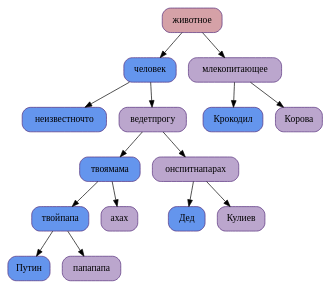
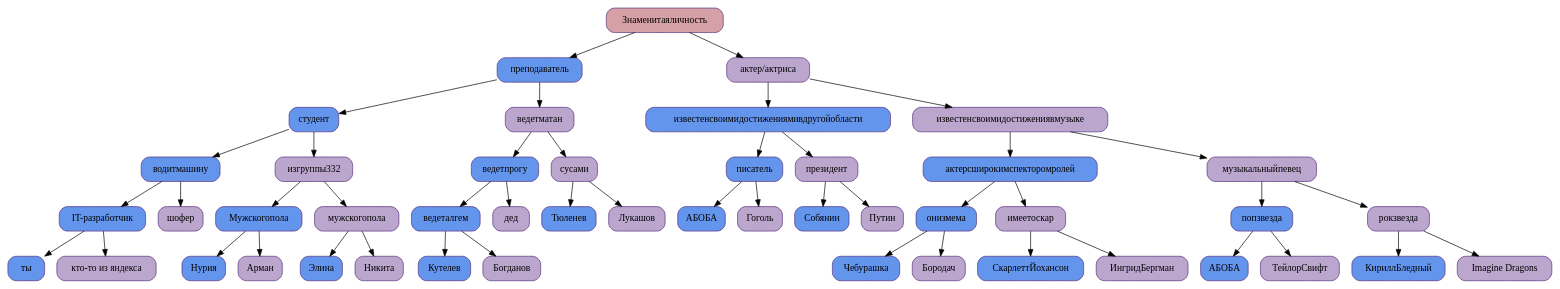
One commit to rorororom/akinator changed the diagram in grapth.dot. Above: the diagram before and after it, drawn with Graphviz. The commit also changed 17 other files, not shown here.

```diff
--- a/grapth.dot
+++ b/grapth.dot
@@ -1,32 +1,96 @@
 digraph tree {
 	node [shape=Mrecord, style=filled, fillcolor="#bba6cd", color="#552d7b"];
-256 [shape=record, style="filled,rounded", color="#552d7b",                          fillcolor="#d5a1a7", fontsize=14, label=" животное "];
-	256 -> 448;
-448 [shape=record, style="filled,rounded", color="#552d7b",                          fillcolor="#6495ed", fontsize=14, label=" человек "];
-	448 -> 640;
-640 [shape=record, style="filled,rounded", color="#552d7b",                          fillcolor="#6495ed", fontsize=14, label=" неизвестно что "];
-	448 -> 832;
-832 [shape=record, style="filled,rounded", color="#552d7b",                          fillcolor="#bba6cd", fontsize=14, label=" ведет прогу "];
-	832 -> 1024;
-1024 [shape=record, style="filled,rounded", color="#552d7b",                          fillcolor="#6495ed", fontsize=14, label=" твоя мама "];
-	1024 -> 1216;
-1216 [shape=record, style="filled,rounded", color="#552d7b",                          fillcolor="#6495ed", fontsize=14, label=" твой папа "];
-	1216 -> 1408;
-1408 [shape=record, style="filled,rounded", color="#552d7b",                          fillcolor="#6495ed", fontsize=14, label=" Путин "];
-	1216 -> 1600;
-1600 [shape=record, style="filled,rounded", color="#552d7b",                          fillcolor="#bba6cd", fontsize=14, label=" папапапа "];
-	1024 -> 1792;
-1792 [shape=record, style="filled,rounded", color="#552d7b",                          fillcolor="#bba6cd", fontsize=14, label=" ахах "];
-	832 -> 1984;
-1984 [shape=record, style="filled,rounded", color="#552d7b",                          fillcolor="#bba6cd", fontsize=14, label=" он спит на парах "];
-	1984 -> 2176;
-2176 [shape=record, style="filled,rounded", color="#552d7b",                          fillcolor="#6495ed", fontsize=14, label=" Дед "];
-	1984 -> 2368;
-2368 [shape=record, style="filled,rounded", color="#552d7b",                          fillcolor="#bba6cd", fontsize=14, label=" Кулиев "];
-	256 -> 2560;
-2560 [shape=record, style="filled,rounded", color="#552d7b",                          fillcolor="#bba6cd", fontsize=14, label=" млекопитающее "];
-	2560 -> 2752;
-2752 [shape=record, style="filled,rounded", color="#552d7b",                          fillcolor="#6495ed", fontsize=14, label=" Крокодил "];
-	2560 -> 2944;
-2944 [shape=record, style="filled,rounded", color="#552d7b",                          fillcolor="#bba6cd", fontsize=14, label=" Корова "];
+10432 [shape=record, style="filled,rounded", color="#552d7b",                          fillcolor="#d5a1a7", fontsize=14, label=" Знаменитая личность "];
+	10432 -> 10624;
+10624 [shape=record, style="filled,rounded", color="#552d7b",                          fillcolor="#6495ed", fontsize=14, label=" преподаватель "];
+	10624 -> 10816;
+10816 [shape=record, style="filled,rounded", color="#552d7b",                          fillcolor="#6495ed", fontsize=14, label=" студент "];
+	10816 -> 11008;
+11008 [shape=record, style="filled,rounded", color="#552d7b",                          fillcolor="#6495ed", fontsize=14, label=" водит машину "];
+	11008 -> 11200;
+11200 [shape=record, style="filled,rounded", color="#552d7b",                          fillcolor="#6495ed", fontsize=14, label=" IT-разработчик "];
+	11200 -> 11392;
+11392 [shape=record, style="filled,rounded", color="#552d7b",                          fillcolor="#6495ed", fontsize=14, label=" ты "];
+	11200 -> 11584;
+11584 [shape=record, style="filled,rounded", color="#552d7b",                          fillcolor="#bba6cd", fontsize=14, label=" кто-то из яндекса "];
+	11008 -> 11776;
+11776 [shape=record, style="filled,rounded", color="#552d7b",                          fillcolor="#bba6cd", fontsize=14, label=" шофер "];
+	10816 -> 11968;
+11968 [shape=record, style="filled,rounded", color="#552d7b",                          fillcolor="#bba6cd", fontsize=14, label=" из группы 332 "];
+	11968 -> 12160;
+12160 [shape=record, style="filled,rounded", color="#552d7b",                          fillcolor="#6495ed", fontsize=14, label=" Мужского пола "];
+	12160 -> 12352;
+12352 [shape=record, style="filled,rounded", color="#552d7b",                          fillcolor="#6495ed", fontsize=14, label=" Нурия "];
+	12160 -> 12544;
+12544 [shape=record, style="filled,rounded", color="#552d7b",                          fillcolor="#bba6cd", fontsize=14, label=" Арман "];
+	11968 -> 12736;
+12736 [shape=record, style="filled,rounded", color="#552d7b",                          fillcolor="#bba6cd", fontsize=14, label=" мужского пола "];
+	12736 -> 12928;
+12928 [shape=record, style="filled,rounded", color="#552d7b",                          fillcolor="#6495ed", fontsize=14, label=" Элина "];
+	12736 -> 13120;
+13120 [shape=record, style="filled,rounded", color="#552d7b",                          fillcolor="#bba6cd", fontsize=14, label=" Никита "];
+	10624 -> 13312;
+13312 [shape=record, style="filled,rounded", color="#552d7b",                          fillcolor="#bba6cd", fontsize=14, label=" ведет матан "];
+	13312 -> 13504;
+13504 [shape=record, style="filled,rounded", color="#552d7b",                          fillcolor="#6495ed", fontsize=14, label=" ведет прогу "];
+	13504 -> 13696;
+13696 [shape=record, style="filled,rounded", color="#552d7b",                          fillcolor="#6495ed", fontsize=14, label=" ведет алгем "];
+	13696 -> 13888;
+13888 [shape=record, style="filled,rounded", color="#552d7b",                          fillcolor="#6495ed", fontsize=14, label=" Кутелев "];
+	13696 -> 14080;
+14080 [shape=record, style="filled,rounded", color="#552d7b",                          fillcolor="#bba6cd", fontsize=14, label=" Богданов "];
+	13504 -> 14272;
+14272 [shape=record, style="filled,rounded", color="#552d7b",                          fillcolor="#bba6cd", fontsize=14, label=" дед "];
+	13312 -> 14464;
+14464 [shape=record, style="filled,rounded", color="#552d7b",                          fillcolor="#bba6cd", fontsize=14, label=" с усами "];
+	14464 -> 14656;
+14656 [shape=record, style="filled,rounded", color="#552d7b",                          fillcolor="#6495ed", fontsize=14, label=" Тюленев "];
+	14464 -> 14848;
+14848 [shape=record, style="filled,rounded", color="#552d7b",                          fillcolor="#bba6cd", fontsize=14, label=" Лукашов "];
+	10432 -> 15040;
+15040 [shape=record, style="filled,rounded", color="#552d7b",                          fillcolor="#bba6cd", fontsize=14, label=" актер/актриса "];
+	15040 -> 15232;
+15232 [shape=record, style="filled,rounded", color="#552d7b",                          fillcolor="#6495ed", fontsize=14, label=" известен своими достижениями в другой области "];
+	15232 -> 15424;
+15424 [shape=record, style="filled,rounded", color="#552d7b",                          fillcolor="#6495ed", fontsize=14, label=" писатель "];
+	15424 -> 15616;
+15616 [shape=record, style="filled,rounded", color="#552d7b",                          fillcolor="#6495ed", fontsize=14, label=" АБОБА "];
+	15424 -> 15808;
+15808 [shape=record, style="filled,rounded", color="#552d7b",                          fillcolor="#bba6cd", fontsize=14, label=" Гоголь "];
+	15232 -> 16000;
+16000 [shape=record, style="filled,rounded", color="#552d7b",                          fillcolor="#bba6cd", fontsize=14, label=" президент "];
+	16000 -> 16192;
+16192 [shape=record, style="filled,rounded", color="#552d7b",                          fillcolor="#6495ed", fontsize=14, label=" Собянин "];
+	16000 -> 16384;
+16384 [shape=record, style="filled,rounded", color="#552d7b",                          fillcolor="#bba6cd", fontsize=14, label=" Путин "];
+	15040 -> 16576;
+16576 [shape=record, style="filled,rounded", color="#552d7b",                          fillcolor="#bba6cd", fontsize=14, label=" известен своими достижения в музыке "];
+	16576 -> 16768;
+16768 [shape=record, style="filled,rounded", color="#552d7b",                          fillcolor="#6495ed", fontsize=14, label=" актер с широким спектором ролей "];
+	16768 -> 16960;
+16960 [shape=record, style="filled,rounded", color="#552d7b",                          fillcolor="#6495ed", fontsize=14, label=" он из мема "];
+	16960 -> 17152;
+17152 [shape=record, style="filled,rounded", color="#552d7b",                          fillcolor="#6495ed", fontsize=14, label=" Чебурашка "];
+	16960 -> 17344;
+17344 [shape=record, style="filled,rounded", color="#552d7b",                          fillcolor="#bba6cd", fontsize=14, label=" Бородач "];
+	16768 -> 17536;
+17536 [shape=record, style="filled,rounded", color="#552d7b",                          fillcolor="#bba6cd", fontsize=14, label=" имеет оскар "];
+	17536 -> 17728;
+17728 [shape=record, style="filled,rounded", color="#552d7b",                          fillcolor="#6495ed", fontsize=14, label=" Скарлетт Йохансон "];
+	17536 -> 17920;
+17920 [shape=record, style="filled,rounded", color="#552d7b",                          fillcolor="#bba6cd", fontsize=14, label=" Ингрид Бергман "];
+	16576 -> 18112;
+18112 [shape=record, style="filled,rounded", color="#552d7b",                          fillcolor="#bba6cd", fontsize=14, label=" музыкальный певец "];
+	18112 -> 18304;
+18304 [shape=record, style="filled,rounded", color="#552d7b",                          fillcolor="#6495ed", fontsize=14, label=" поп звезда "];
+	18304 -> 18496;
+18496 [shape=record, style="filled,rounded", color="#552d7b",                          fillcolor="#6495ed", fontsize=14, label=" АБОБА "];
+	18304 -> 18688;
+18688 [shape=record, style="filled,rounded", color="#552d7b",                          fillcolor="#bba6cd", fontsize=14, label=" Тейлор Свифт "];
+	18112 -> 18880;
+18880 [shape=record, style="filled,rounded", color="#552d7b",                          fillcolor="#bba6cd", fontsize=14, label=" рок звезда "];
+	18880 -> 19072;
+19072 [shape=record, style="filled,rounded", color="#552d7b",                          fillcolor="#6495ed", fontsize=14, label=" Кирилл Бледный "];
+	18880 -> 19264;
+19264 [shape=record, style="filled,rounded", color="#552d7b",                          fillcolor="#bba6cd", fontsize=14, label=" Imagine Dragons "];
 }
```
